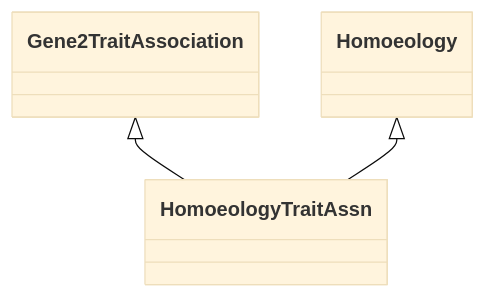
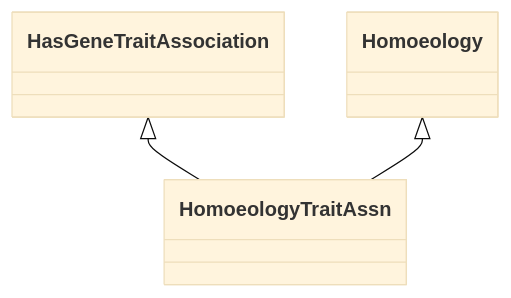
One commit to KnetMiner/knetminer-schemas changed the diagram in semantic-motif-taxonomy/knet-motif-categories-doc/HomoeologyTraitAssn.md. Above: the diagram before and after it, drawn with Mermaid (base theme). The commit also changed other lines of this file and 59 other files, not shown here.

````diff
--- a/semantic-motif-taxonomy/knet-motif-categories-doc/HomoeologyTraitAssn.md
+++ b/semantic-motif-taxonomy/knet-motif-categories-doc/HomoeologyTraitAssn.md
@@ -21,11 +21,11 @@
 ```mermaid
  classDiagram
     class HomoeologyTraitAssn
     click HomoeologyTraitAssn href "../HomoeologyTraitAssn"
-      Gene2TraitAssociation <|-- HomoeologyTraitAssn
-        click Gene2TraitAssociation href "../Gene2TraitAssociation"
+      HasGeneTraitAssociation <|-- HomoeologyTraitAssn
+        click HasGeneTraitAssociation href "../HasGeneTraitAssociation"
       Homoeology <|-- HomoeologyTraitAssn
         click Homoeology href "../Homoeology"
       
       
 ```
````
